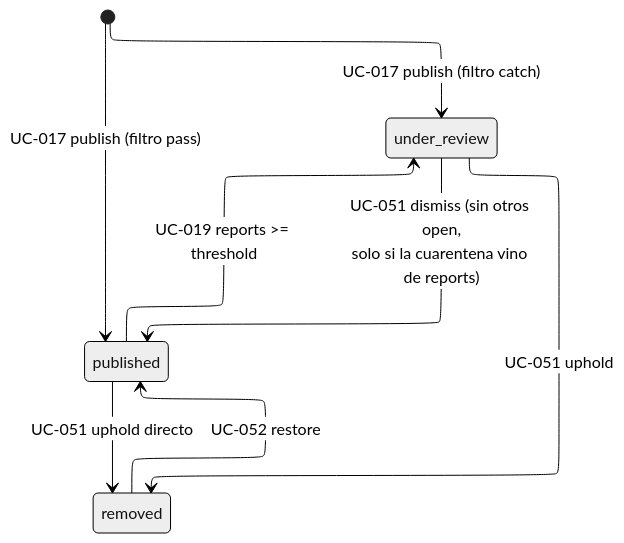
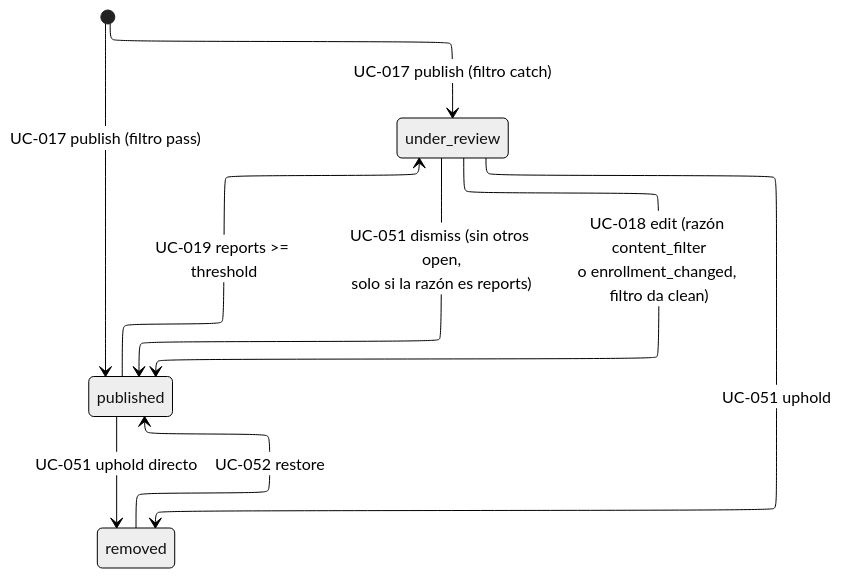
Before and after one commit to lucasidev/plan-b: the first of 6 diagrams in docs/domain/review-lifecycle.md, drawn with Mermaid (neutral theme). The commit also changed other lines of this file and 15 other files, not shown here.

````diff
--- a/docs/domain/review-lifecycle.md
+++ b/docs/domain/review-lifecycle.md
@@ -32,17 +32,18 @@
 ```mermaid
 ---
 config:
     layout: elk
 ---
 stateDiagram-v2
     [*] --> published : UC-017 publish (filtro pass)
     [*] --> under_review : UC-017 publish (filtro catch)
 
     published --> under_review : UC-019 reports >= threshold
     published --> removed : UC-051 uphold directo
 
-    under_review --> published : UC-051 dismiss (sin otros open,<br/>solo si la cuarentena vino de reports)
+    under_review --> published : UC-051 dismiss (sin otros open,<br/>solo si la razón es reports)
+    under_review --> published : UC-018 edit (razón content_filter<br/>o enrollment_changed, filtro da clean)
     under_review --> removed : UC-051 uphold
 
     removed --> published : UC-052 restore
 ```
````
